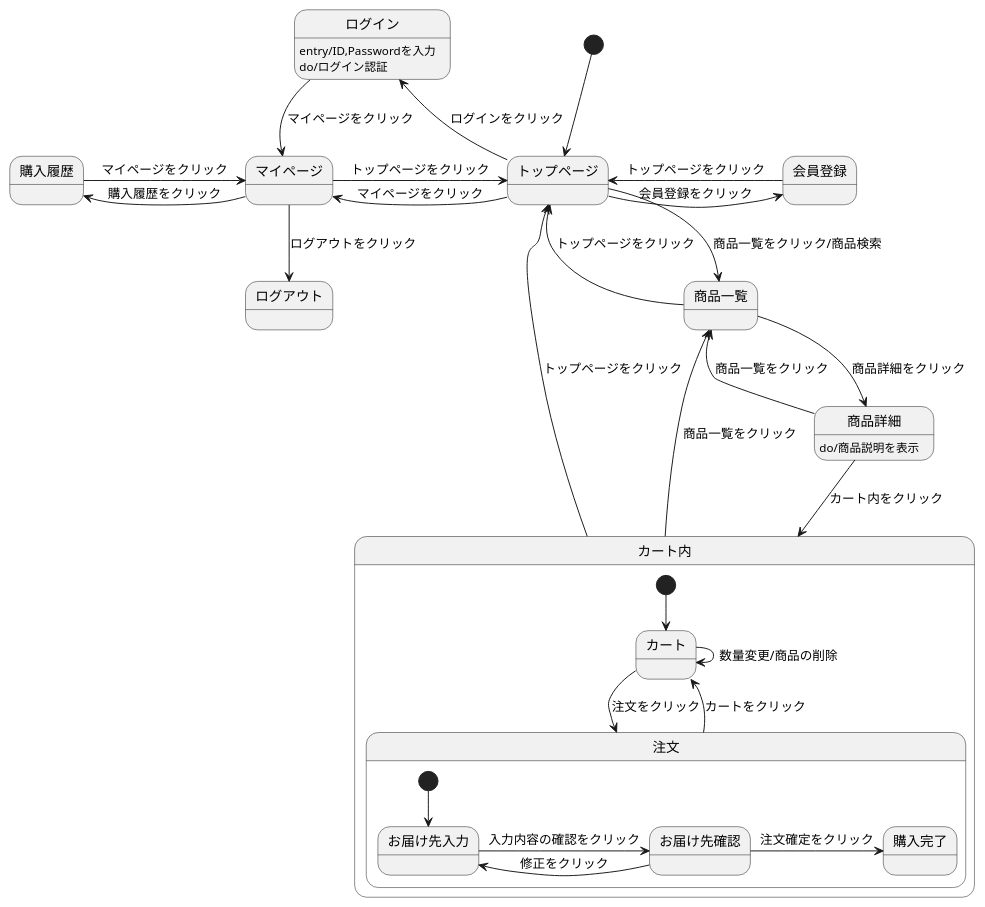
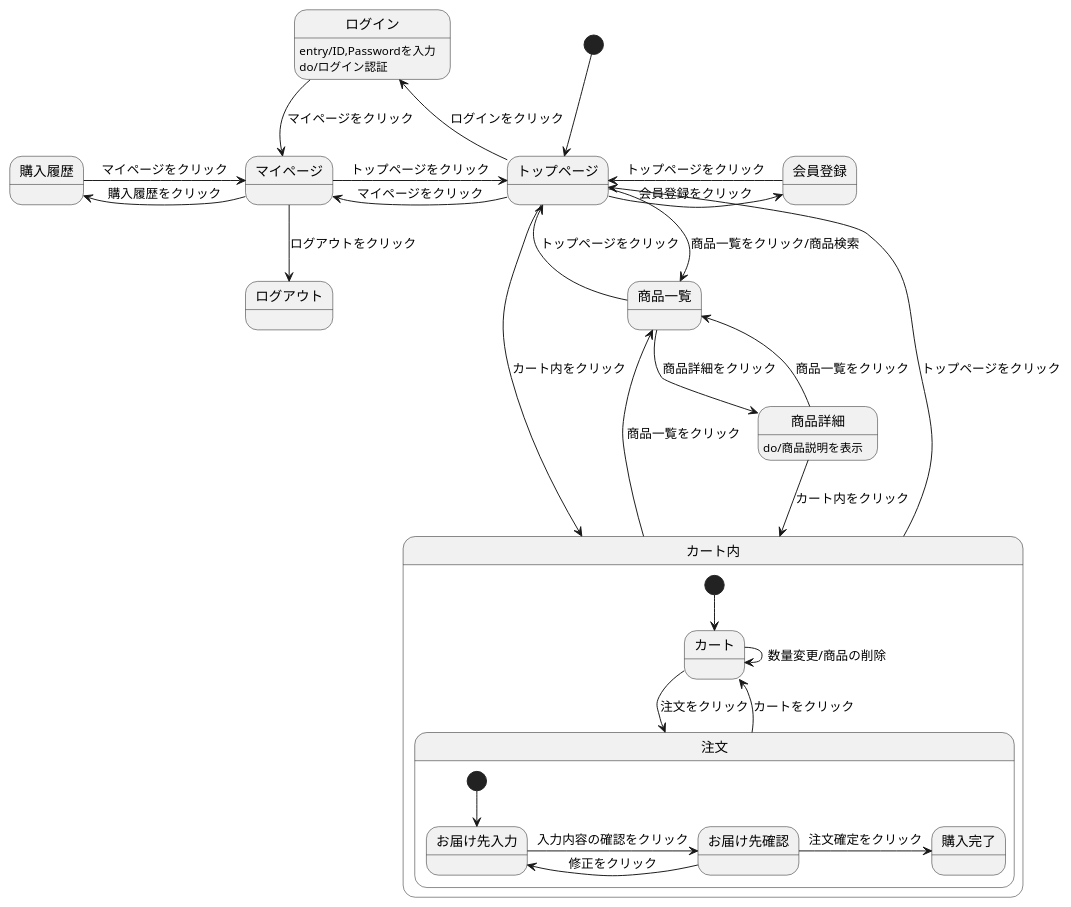
Before and after one commit to Aso2001163/2021sys-design-2: the diagram in Mypage(状態遷移図).md, drawn with PlantUML.

````diff
--- a/Mypage(状態遷移図).md
+++ b/Mypage(状態遷移図).md
@@ -1,37 +1,38 @@
 ```uml
 @startuml
 [*] --> トップページ
 トップページ -> 会員登録 : 会員登録をクリック
 会員登録 -> トップページ : トップページをクリック
 トップページ -left-> マイページ : マイページをクリック
 トップページ -left-> ログイン : ログインをクリック
 ログイン -down-> マイページ : マイページをクリック
 ログイン:entry/ID,Passwordを入力
 ログイン:do/ログイン認証
 マイページ -> トップページ : トップページをクリック
 マイページ -down-> ログアウト : ログアウトをクリック
 マイページ -left-> 購入履歴 : 購入履歴をクリック
 購入履歴 -> マイページ : マイページをクリック
 トップページ --> 商品一覧 : 商品一覧をクリック/商品検索
 商品一覧 -> トップページ : トップページをクリック
 商品一覧 -> 商品詳細 : 商品詳細をクリック  
 商品詳細:do/商品説明を表示
 商品詳細 -down-> 商品一覧 : 商品一覧をクリック
 商品詳細 -down-> カート内 : カート内をクリック
 カート内 -> 商品一覧 : 商品一覧をクリック
 カート内 -up-> トップページ : トップページをクリック
+トップページ -> カート内 : カート内をクリック
 
 state カート内 {
   [*] --> カート
   カート -down-> 注文 : 注文をクリック
   カート -> カート : 数量変更/商品の削除
   注文 -down-> カート : カートをクリック
   state 注文 {
     [*] --> お届け先入力
     お届け先入力 -> お届け先確認 : 入力内容の確認をクリック
     お届け先確認 -> お届け先入力 : 修正をクリック
     お届け先確認 -> 購入完了 : 注文確定をクリック
     }
  }
 @enduml
 ```
````
